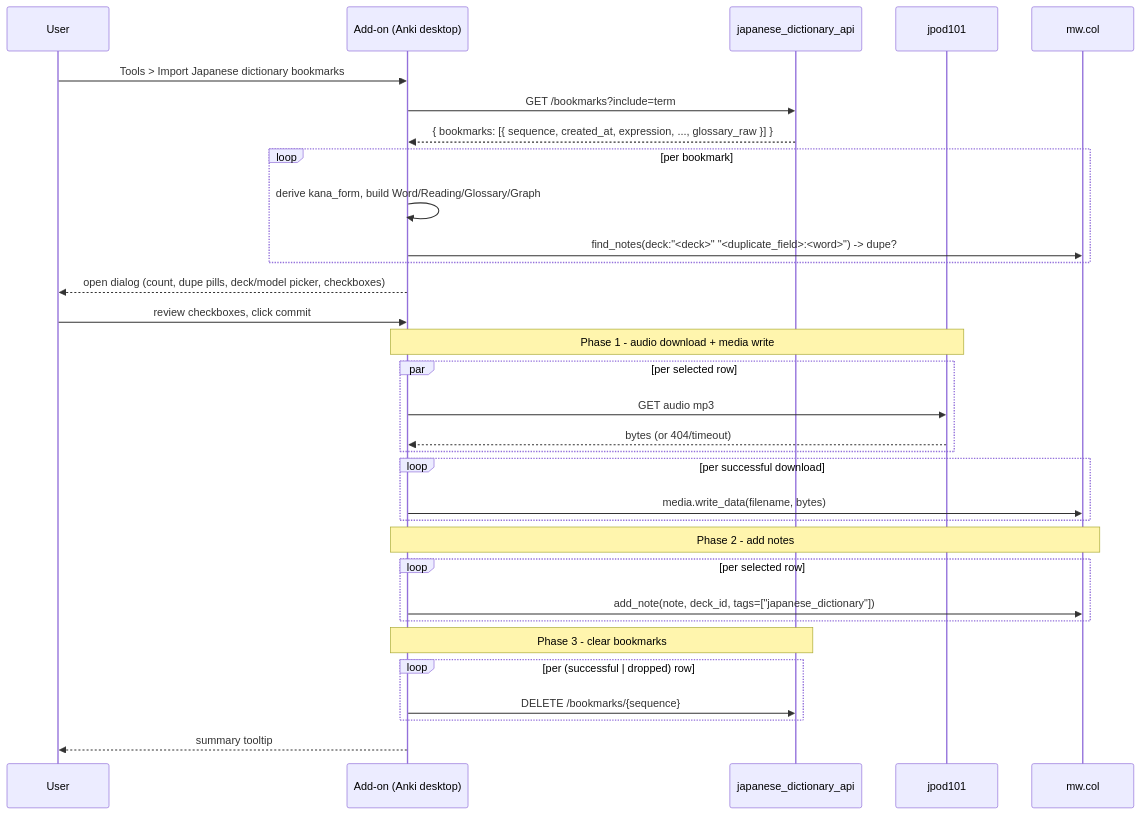
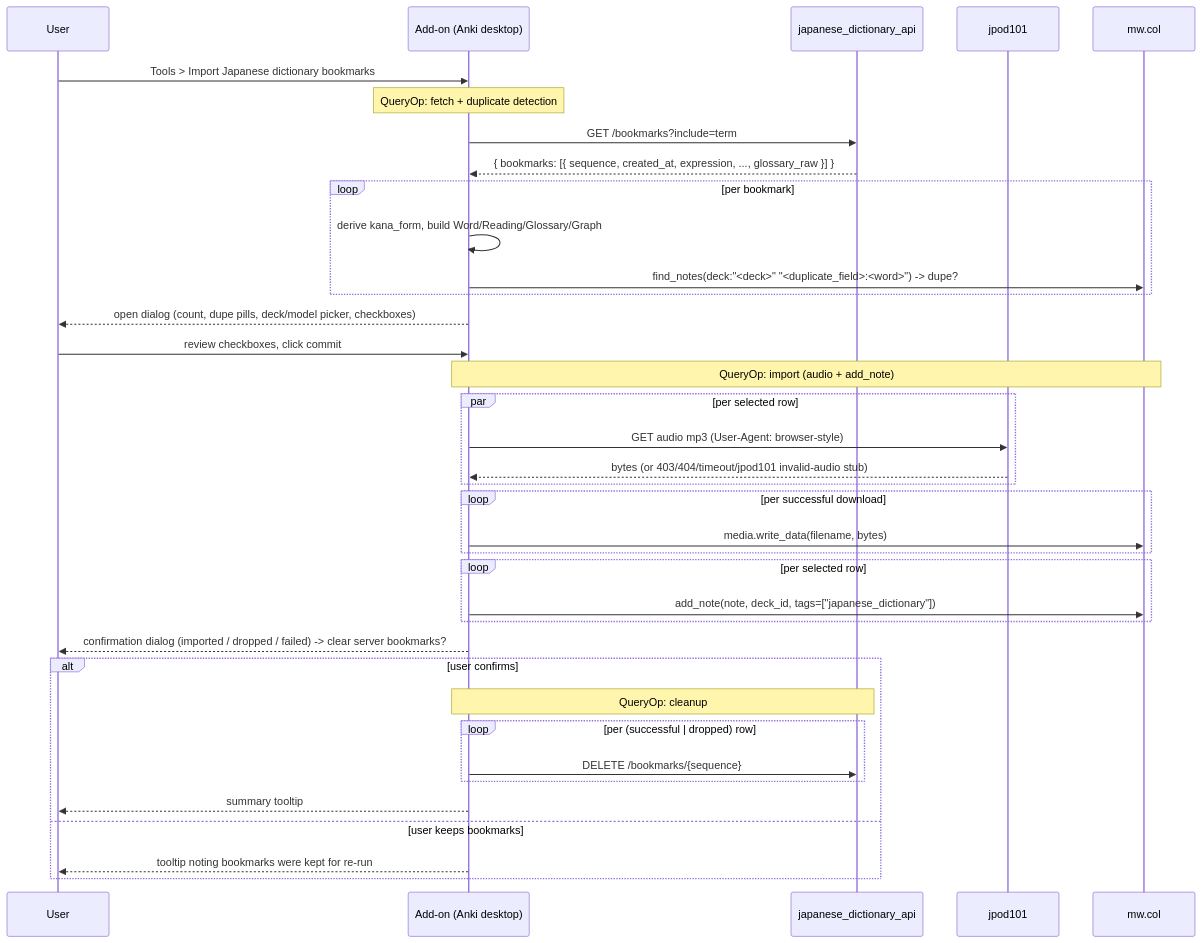
Before and after one commit to jordansimsmith/jordansimsmith-com: the second of 2 diagrams in japanese_dictionary_api/addon/README.md, drawn with Mermaid. The commit also changed other lines of this file and 5 other files, not shown here.

First line of the commit message:
Polish Japanese dictionary add-on import flow

````diff
--- a/japanese_dictionary_api/addon/README.md
+++ b/japanese_dictionary_api/addon/README.md
@@ -67,35 +70,40 @@
 ```mermaid
 sequenceDiagram
   participant U as User
   participant A as Add-on (Anki desktop)
   participant API as japanese_dictionary_api
   participant J as jpod101
   participant C as mw.col
 
   U->>A: Tools > Import Japanese dictionary bookmarks
+  Note over A: QueryOp: fetch + duplicate detection
   A->>API: GET /bookmarks?include=term
   API-->>A: { bookmarks: [{ sequence, created_at, expression, ..., glossary_raw }] }
   loop per bookmark
     A->>A: derive kana_form, build Word/Reading/Glossary/Graph
     A->>C: find_notes(deck:"<deck>" "<duplicate_field>:<word>") -> dupe?
   end
   A-->>U: open dialog (count, dupe pills, deck/model picker, checkboxes)
   U->>A: review checkboxes, click commit
-  Note over A,J: Phase 1 - audio download + media write
+  Note over A,C: QueryOp: import (audio + add_note)
   par per selected row
-    A->>J: GET audio mp3
-    J-->>A: bytes (or 404/timeout)
+    A->>J: GET audio mp3 (User-Agent: browser-style)
+    J-->>A: bytes (or 403/404/timeout/jpod101 invalid-audio stub)
   end
   loop per successful download
     A->>C: media.write_data(filename, bytes)
   end
-  Note over A,C: Phase 2 - add notes
   loop per selected row
     A->>C: add_note(note, deck_id, tags=["japanese_dictionary"])
   end
-  Note over A,API: Phase 3 - clear bookmarks
-  loop per (successful | dropped) row
-    A->>API: DELETE /bookmarks/{sequence}
+  A-->>U: confirmation dialog (imported / dropped / failed) -> clear server bookmarks?
+  alt user confirms
+    Note over A,API: QueryOp: cleanup
+    loop per (successful | dropped) row
+      A->>API: DELETE /bookmarks/{sequence}
+    end
+    A-->>U: summary tooltip
+  else user keeps bookmarks
+    A-->>U: tooltip noting bookmarks were kept for re-run
   end
-  A-->>U: summary tooltip
 ```
````
